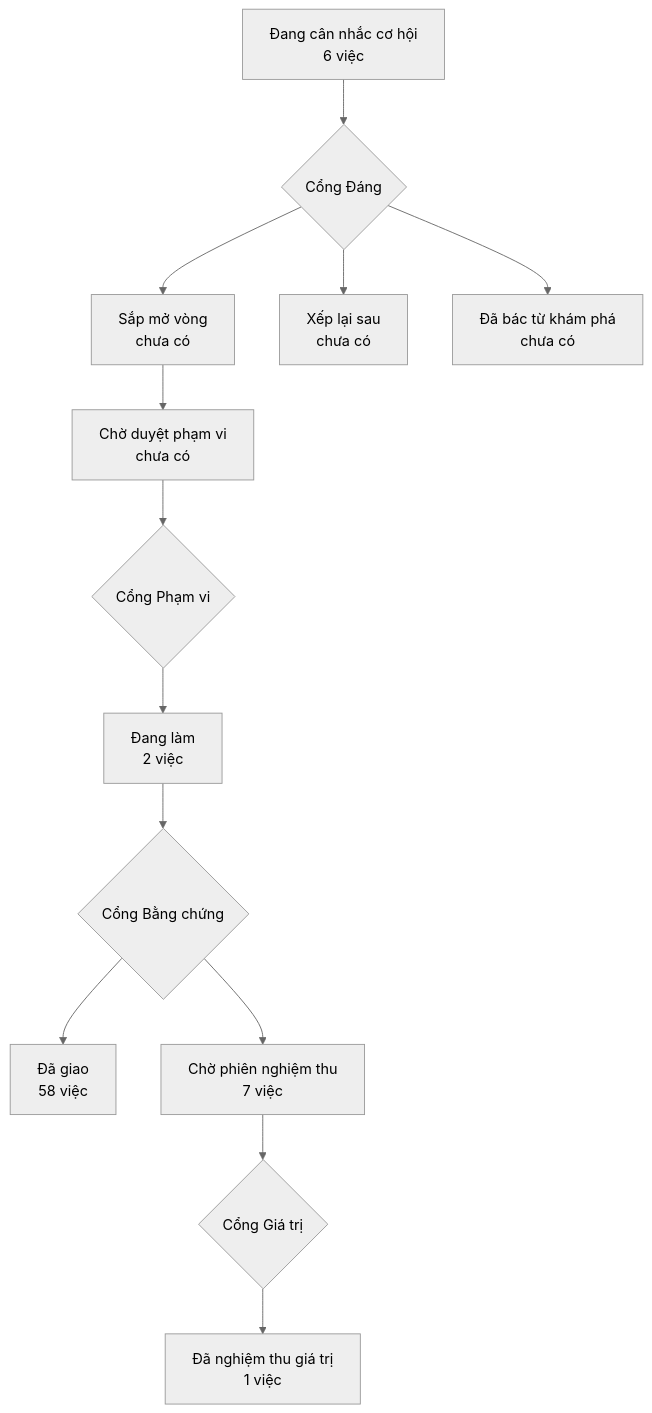
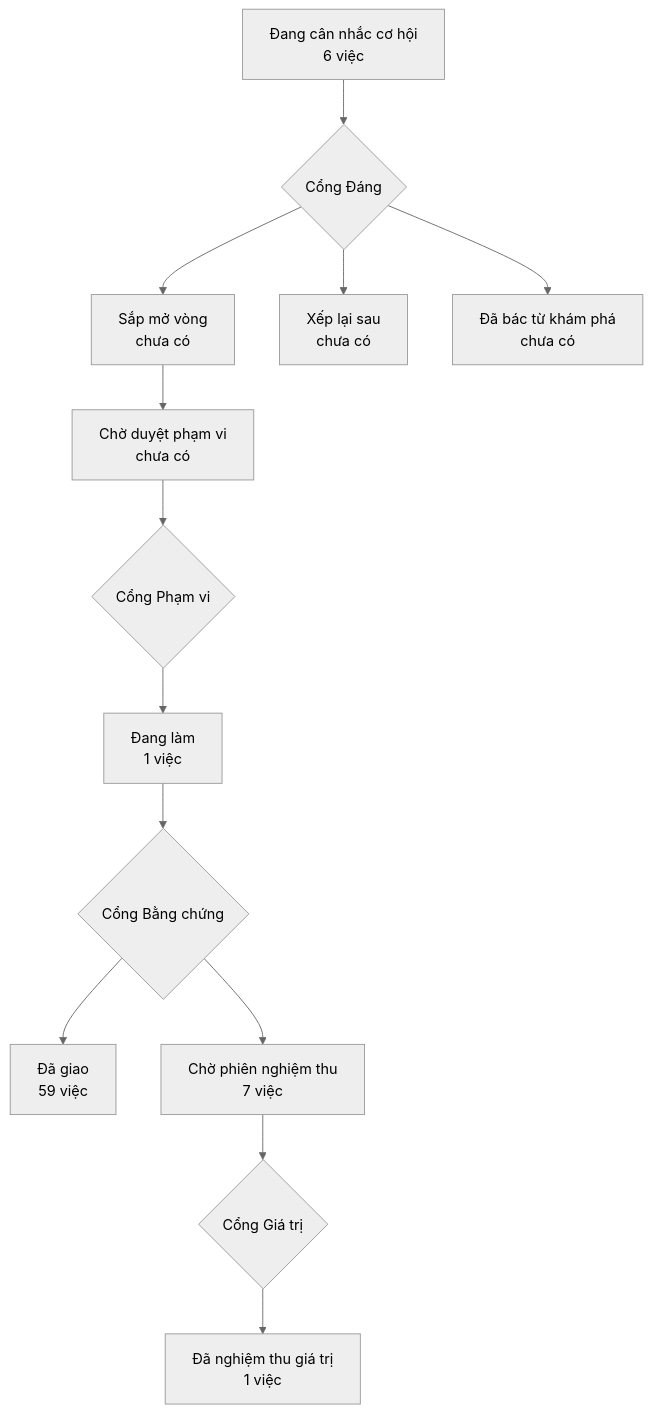
The diagram in PRODUCT-MAP.md (phanlemanh/crm-onehub), drawn with Mermaid (neutral theme) before and after one commit. The commit also changed other lines of this file and 3 other files, not shown here.

````diff
--- a/PRODUCT-MAP.md
+++ b/PRODUCT-MAP.md
@@ -6,12 +6,12 @@
 ```mermaid
 flowchart TD
   A["Đang cân nhắc cơ hội<br/>6 việc"] --> GD{"Cổng Đáng"}
   GD --> B["Sắp mở vòng<br/>chưa có"]
   GD --> XL["Xếp lại sau<br/>chưa có"]
   GD --> DB["Đã bác từ khám phá<br/>chưa có"]
   B --> CD["Chờ duyệt phạm vi<br/>chưa có"] --> GP{"Cổng Phạm vi"}
-  GP --> DL["Đang làm<br/>2 việc"] --> GB{"Cổng Bằng chứng"}
-  GB --> DG["Đã giao<br/>58 việc"]
+  GP --> DL["Đang làm<br/>1 việc"] --> GB{"Cổng Bằng chứng"}
+  GB --> DG["Đã giao<br/>59 việc"]
   GB --> CN["Chờ phiên nghiệm thu<br/>7 việc"] --> GG{"Cổng Giá trị"}
   GG --> NT["Đã nghiệm thu giá trị<br/>1 việc"]
 ```
````
